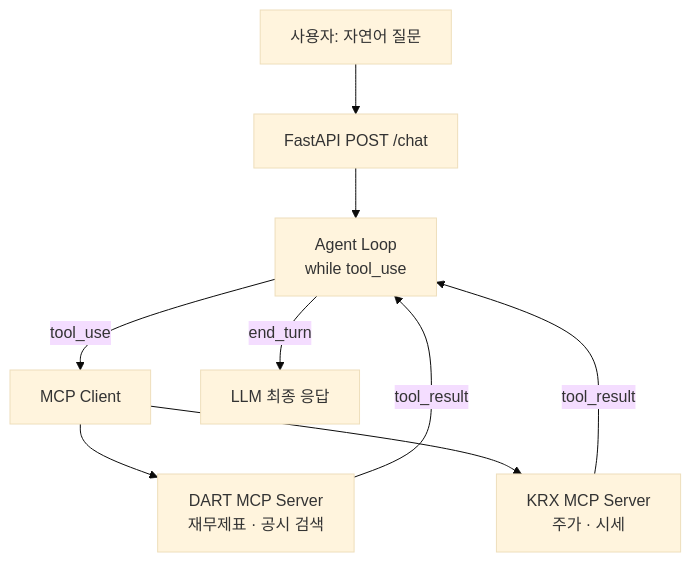
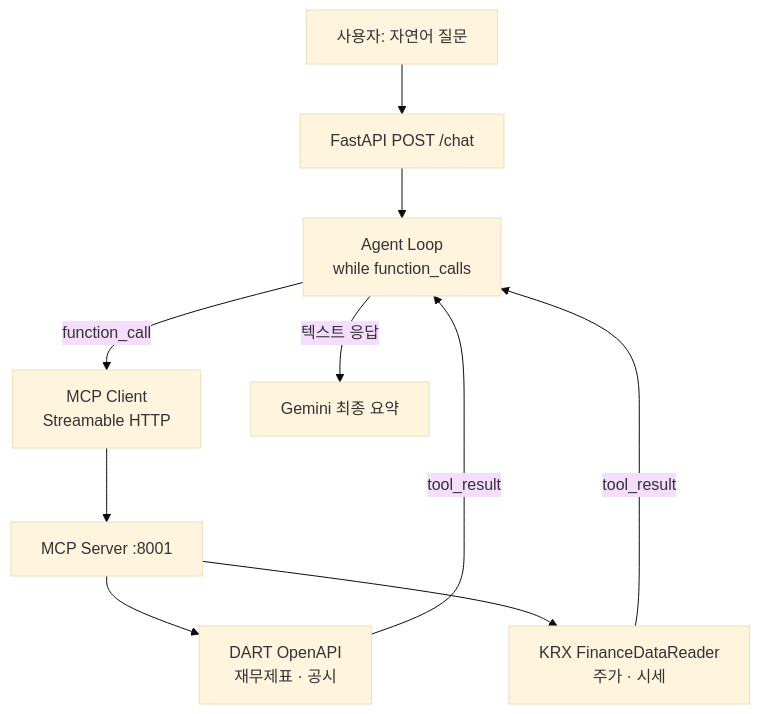
Before and after one commit to DvwN-Lee/fAInancial-agent: the diagram in README.md, drawn with Mermaid (base theme). The commit also changed other lines of this file, not shown here.

First line of the commit message:
docs: README 업데이트 — Gemini 전환 및 Streamable HTTP 반영

````diff
--- a/README.md
+++ b/README.md
@@ -10,11 +10,12 @@
 ```mermaid
 graph TD
     A[사용자: 자연어 질문] --> B[FastAPI POST /chat]
-    B --> C[Agent Loop<br/>while tool_use]
-    C -->|tool_use| D[MCP Client]
-    D --> E[DART MCP Server<br/>재무제표 · 공시 검색]
-    D --> F[KRX MCP Server<br/>주가 · 시세]
-    E -->|tool_result| C
+    B --> C[Agent Loop<br/>while function_calls]
+    C -->|function_call| D[MCP Client<br/>Streamable HTTP]
+    D --> E[MCP Server :8001]
+    E --> F[DART OpenAPI<br/>재무제표 · 공시]
+    E --> G[KRX FinanceDataReader<br/>주가 · 시세]
     F -->|tool_result| C
-    C -->|end_turn| G[LLM 최종 응답]
+    G -->|tool_result| C
+    C -->|텍스트 응답| H[Gemini 최종 요약]
 ```
````
